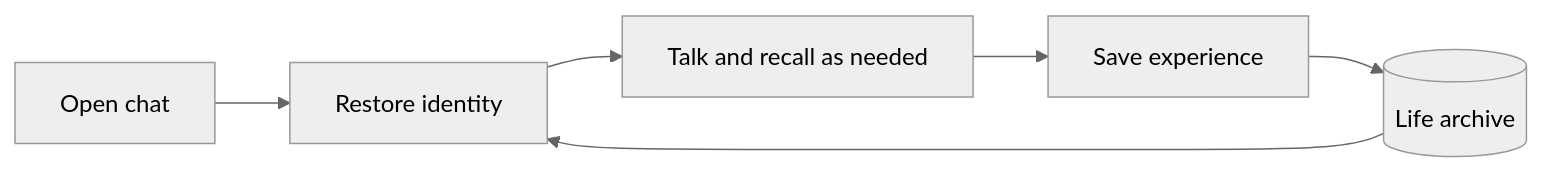
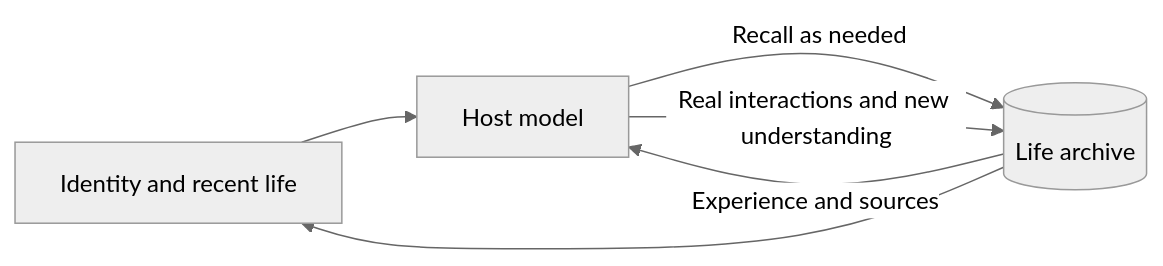
The diagram in README.en.md (cyberayang/AnimaSeed), drawn with Mermaid (neutral theme) before and after one commit. The commit also changed other lines of this file and 1 other file, not shown here.

Commit message:
docs: refine AnimaSeed identity and presentation

````diff
--- a/README.en.md
+++ b/README.en.md
@@ -57,8 +48,8 @@
 ```mermaid
 flowchart LR
-    A[Open chat] --> B[Restore identity]
-    B --> C[Talk and recall as needed]
-    C --> D[Save experience]
-    D --> E[(Life archive)]
-    E --> B
+    A[Identity and recent life] --> B[Host model]
+    B -->|Recall as needed| C[(Life archive)]
+    C -->|Experience and sources| B
+    B -->|Real interactions and new understanding| C
+    C --> A
 ```
````
